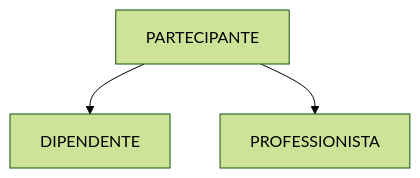
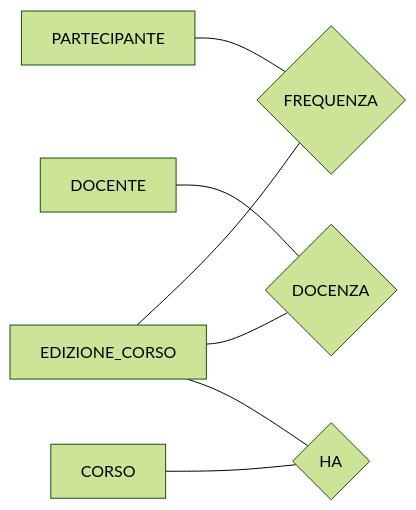
The fourth of 5 diagrams in 08-progettazione-er/README.md (lucadagati/Lab_Fondamenti_di_Informatica_25_26), drawn with Mermaid (forest theme) before and after one commit. The commit also changed other lines of this file and 6 other files, not shown here.

````diff
--- a/08-progettazione-er/README.md
+++ b/08-progettazione-er/README.md
@@ -133,8 +96,9 @@
 ```mermaid
-flowchart TD
-    P[PARTECIPANTE]
-    D[DIPENDENTE]
-    PR[PROFESSIONISTA]
-    P --> D
-    P --> PR
+flowchart LR
+    P[PARTECIPANTE] --- F{FREQUENZA}
+    E[EDIZIONE_CORSO] --- F
+    D[DOCENTE] --- X{DOCENZA}
+    E --- X
+    C[CORSO] --- H{HA}
+    E --- H
 ```
````
